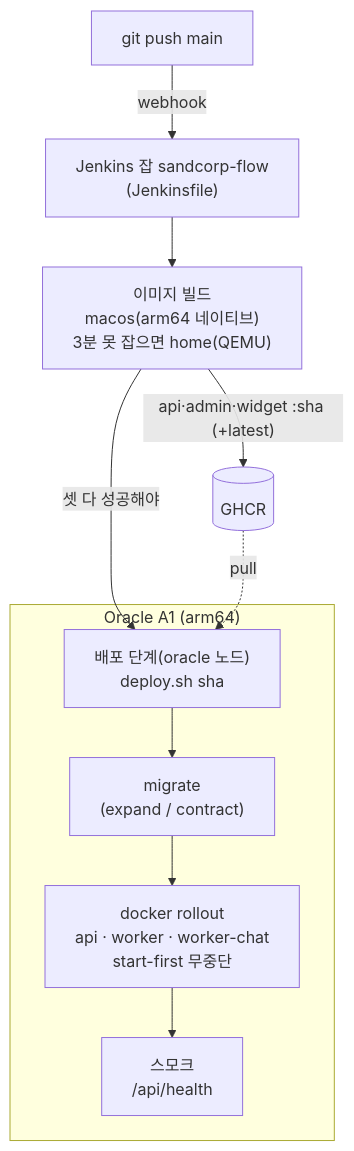
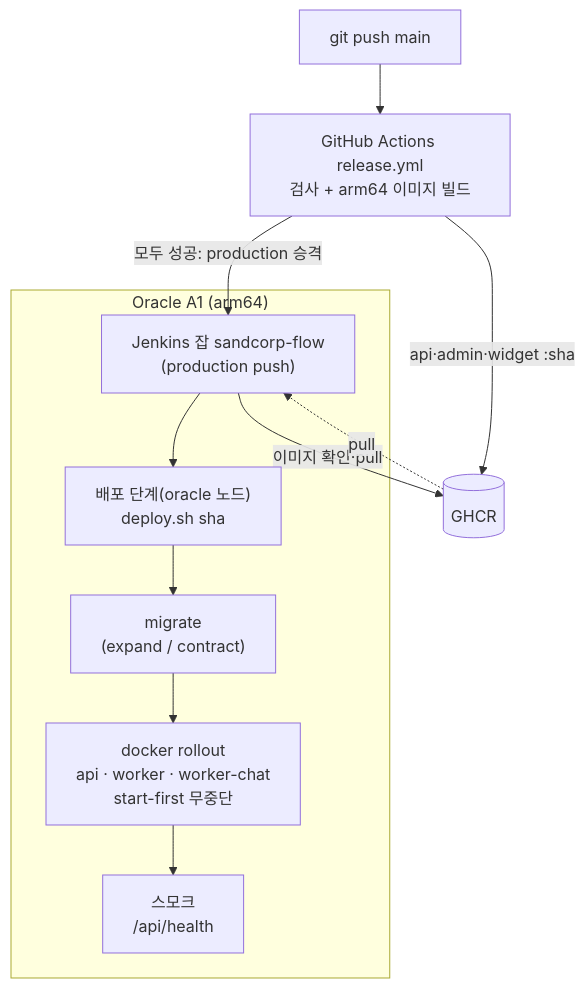
One commit to sandcorporation/sandcorp-flow changed the fourth of 4 diagrams in docs/architecture.md. Above: the diagram before and after it, drawn with Mermaid. The commit also changed other lines of this file and 12 other files, not shown here.

First line of the commit message:
ci: retire Jenkins macOS build paths (#349)

````diff
--- a/docs/architecture.md
+++ b/docs/architecture.md
@@ -144,15 +142,15 @@
 ```mermaid
 flowchart TB
-  push["git push main"] -->|webhook| job["Jenkins 잡 sandcorp-flow<br/>(Jenkinsfile)"]
-  job --> build["이미지 빌드<br/>macos(arm64 네이티브)<br/>3분 못 잡으면 home(QEMU)"]
-  build -->|"api·admin·widget :sha (+latest)"| ghcr[("GHCR")]
-  build -->|"셋 다 성공해야"| jenkins
+  push["git push main"] --> release["GitHub Actions release.yml<br/>검사 + arm64 이미지 빌드"]
+  release -->|"모두 성공: production 승격"| jenkins["Jenkins 잡 sandcorp-flow<br/>(production push)"]
+  release -->|"api·admin·widget :sha"| ghcr[("GHCR")]
+  jenkins -->|"이미지 확인·pull"| ghcr
 
   subgraph a1["Oracle A1 (arm64)"]
-    jenkins["배포 단계(oracle 노드)<br/>deploy.sh sha"]
-    jenkins --> migrate["migrate<br/>(expand / contract)"]
+    jenkins --> deploy["배포 단계(oracle 노드)<br/>deploy.sh sha"]
+    deploy --> migrate["migrate<br/>(expand / contract)"]
     migrate --> rollout["docker rollout<br/>api · worker · worker-chat<br/>start-first 무중단"]
     rollout --> smoke["스모크<br/>/api/health"]
   end
   ghcr -. pull .-> jenkins
 ```
````
